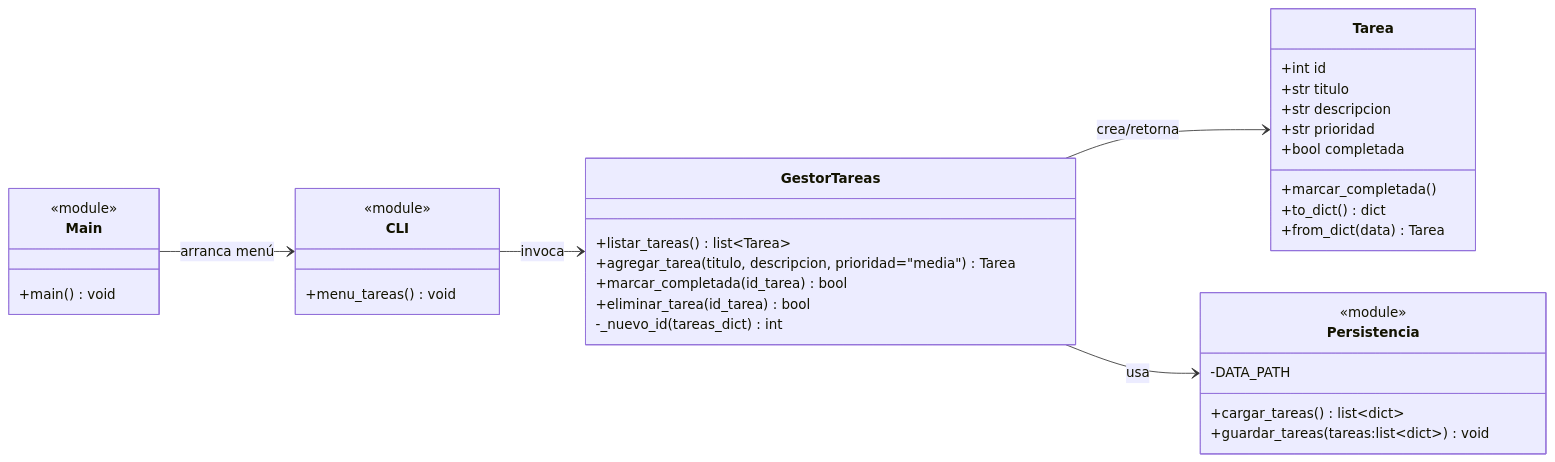
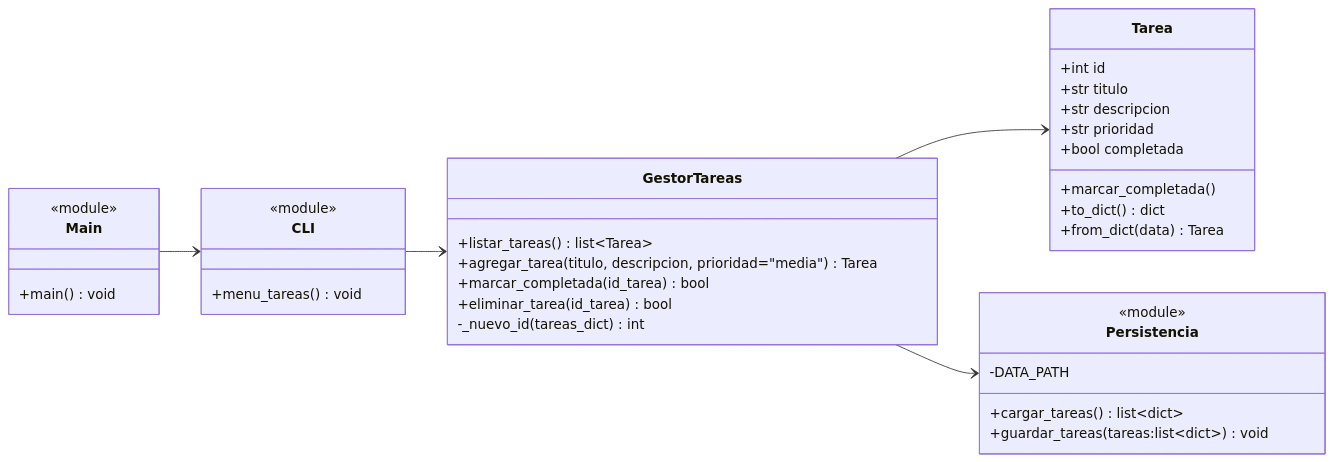
One commit to mduartel1/PRACTICA_TPA changed the first of 4 diagrams in README.md. Above: the diagram before and after it, drawn with Mermaid. The commit also changed other lines of this file, not shown here.

Commit message:
PRAC4: Actualiza README final completo con diagramas y documentación

````diff
--- a/README.md
+++ b/README.md
@@ -102,45 +136,39 @@
 ```mermaid
 classDiagram
     direction LR
-
     class Tarea {
       +int id
       +str titulo
       +str descripcion
       +str prioridad
       +bool completada
       +marcar_completada()
       +to_dict() dict
       +from_dict(data) Tarea
     }
-
     class GestorTareas {
       +listar_tareas() list~Tarea~
       +agregar_tarea(titulo, descripcion, prioridad="media") Tarea
       +marcar_completada(id_tarea) bool
       +eliminar_tarea(id_tarea) bool
       -_nuevo_id(tareas_dict) int
     }
-
     class Persistencia {
       <<module>>
       +cargar_tareas() list~dict~
       +guardar_tareas(tareas:list~dict~) void
       -DATA_PATH
     }
-
     class CLI {
       <<module>>
       +menu_tareas() void
     }
-
     class Main {
       <<module>>
       +main() void
     }
-
-    GestorTareas --> Tarea : crea/retorna
-    GestorTareas --> Persistencia : usa
-    CLI --> GestorTareas : invoca
-    Main --> CLI : arranca menú
+    GestorTareas --> Tarea
+    GestorTareas --> Persistencia
+    CLI --> GestorTareas
+    Main --> CLI
 ```
````
